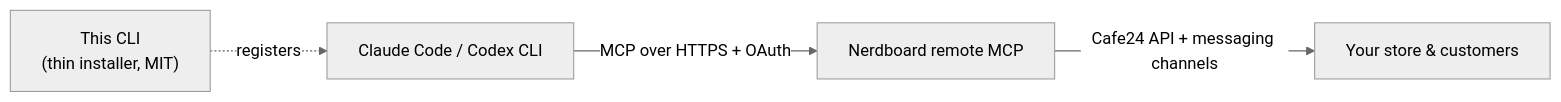
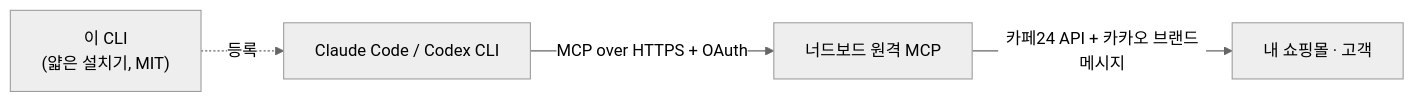
One commit to nerdlab-dev/crm changed the diagram in README.md. Above: the diagram before and after it, drawn with Mermaid (neutral theme). The commit also changed other lines of this file and 1 other file, not shown here.

````diff
--- a/README.md
+++ b/README.md
@@ -65,6 +67,6 @@
 ```mermaid
 flowchart LR
-    installer["This CLI<br/>(thin installer, MIT)"] -. registers .-> client
-    client["Claude Code / Codex CLI"] -- "MCP over HTTPS + OAuth" --> server["Nerdboard remote MCP"]
-    server -- "Cafe24 API + messaging channels" --> store["Your store & customers"]
+    installer["이 CLI<br/>(얇은 설치기, MIT)"] -. 등록 .-> client
+    client["Claude Code / Codex CLI"] -- "MCP over HTTPS + OAuth" --> server["너드보드 원격 MCP"]
+    server -- "카페24 API + 카카오 브랜드메시지" --> store["내 쇼핑몰 · 고객"]
 ```
````
